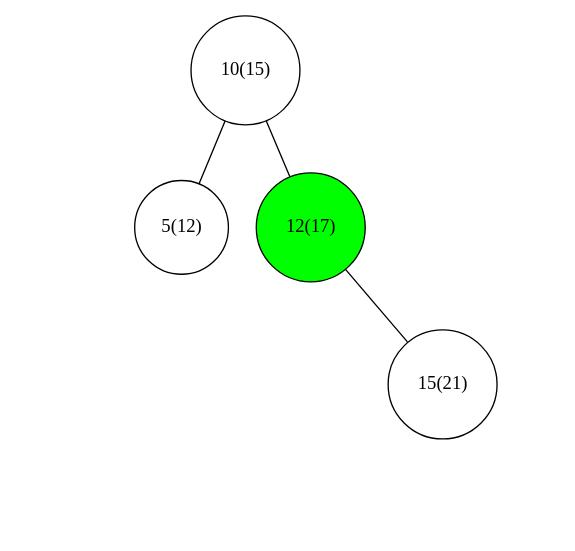
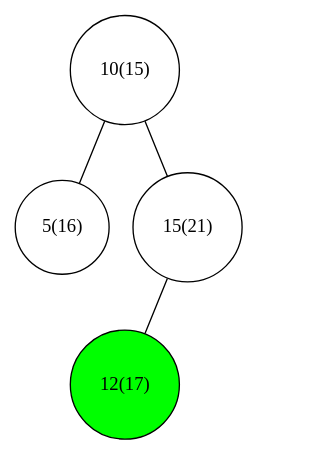
One commit to HoshinoTented/Resources changed the diagram in treap/2.dot. Above: the diagram before and after it, drawn with Graphviz. The commit also changed 15 other files, not shown here.

```diff
--- a/treap/2.dot
+++ b/treap/2.dot
@@ -1,19 +1,11 @@
 graph {
 	10 [label="10(15)" fillcolor="#FFFFFF" shape=circle style=filled]
 	10 -- 5
-	5 [label="5(12)" fillcolor="#FFFFFF" shape=circle style=filled]
-	5 -- NIL9 [style=invis]
-	NIL9 [style=invis]
-	5 -- NIL10 [style=invis]
-	NIL10 [style=invis]
-	10 -- 12
+	5 [label="5(16)" fillcolor="#FFFFFF" shape=circle style=filled]
+	10 -- 15
+	15 [label="15(21)" fillcolor="#FFFFFF" shape=circle style=filled]
+	15 -- 12
 	12 [label="12(17)" fillcolor="#00FF00" shape=circle style=filled]
-	12 -- NIL11 [style=invis]
-	NIL11 [style=invis]
-	12 -- 15
-	15 [label="15(21)" fillcolor="#FFFFFF" shape=circle style=filled]
-	15 -- NIL12 [style=invis]
-	NIL12 [style=invis]
-	15 -- NIL13 [style=invis]
-	NIL13 [style=invis]
+	15 -- NIL1 [style=invis]
+	NIL1 [style=invis]
 }
```
